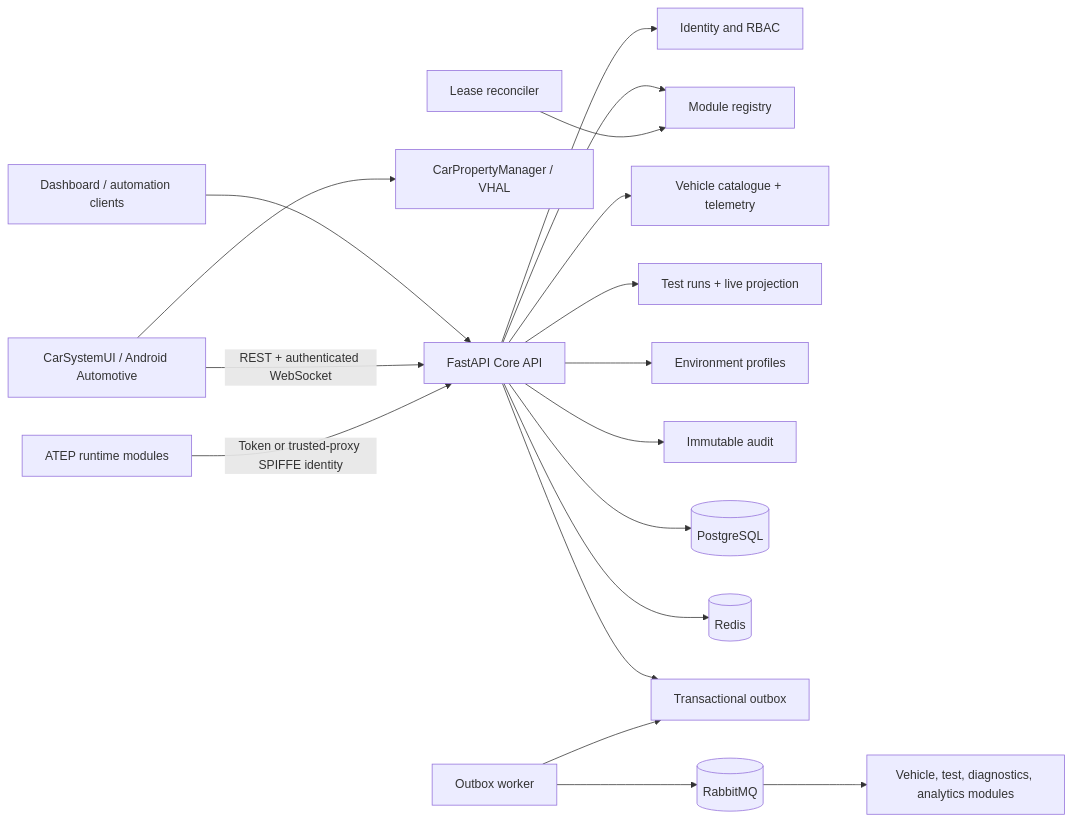
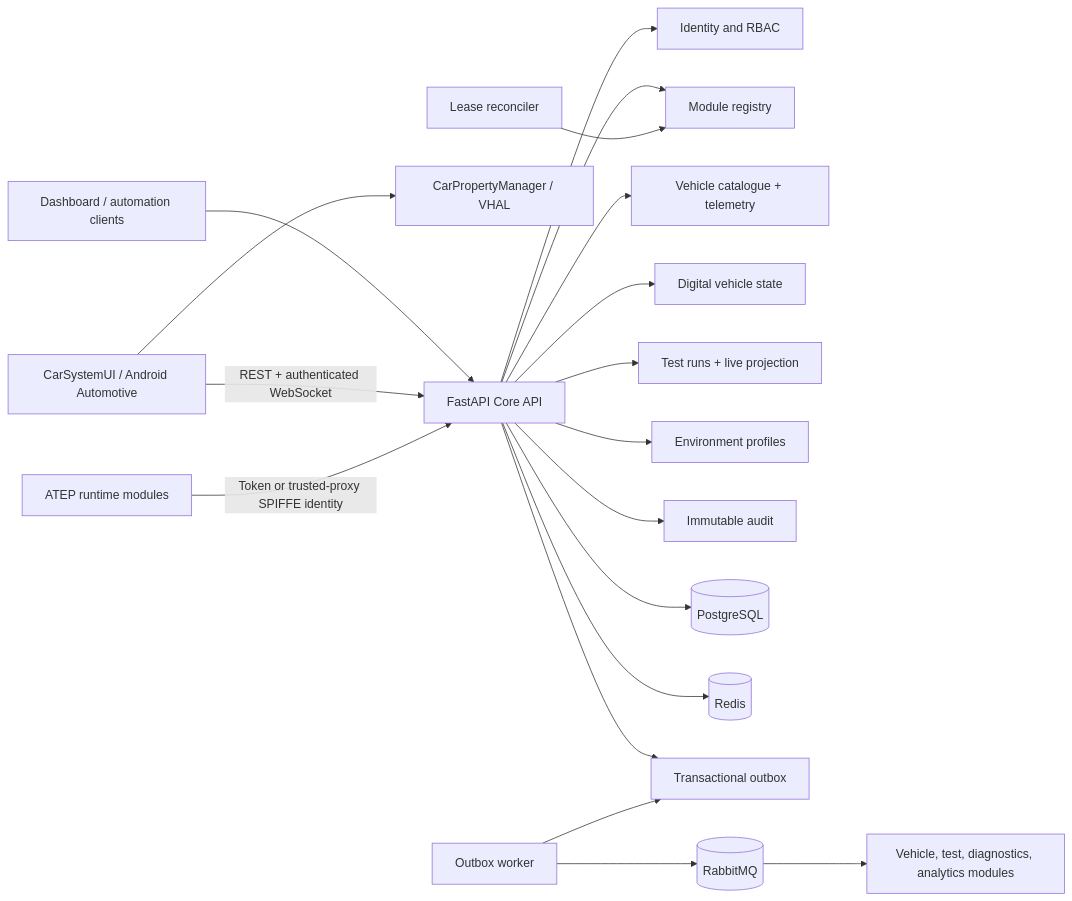
Before and after one commit to paulacristinaqa/automotive_test_engineering_platform: the first of 2 diagrams in README.md, drawn with Mermaid. The commit also changed other lines of this file and 18 other files, not shown here.

Commit message:
Add versioned digital vehicle state

````diff
--- a/README.md
+++ b/README.md
@@ -88,20 +91,21 @@
 ```mermaid
 flowchart LR
     Client["Dashboard / automation clients"] --> API["FastAPI Core API"]
     Cockpit["CarSystemUI / Android Automotive"] -->|"REST + authenticated WebSocket"| API
     Cockpit --> CarAPI["CarPropertyManager / VHAL"]
     Module["ATEP runtime modules"] -->|"Token or trusted-proxy SPIFFE identity"| API
     API --> Identity["Identity and RBAC"]
     API --> Registry["Module registry"]
     API --> Vehicles["Vehicle catalogue + telemetry"]
+    API --> DigitalVehicle["Digital vehicle state"]
     API --> TestRuns["Test runs + live projection"]
     API --> Profiles["Environment profiles"]
     API --> Audit["Immutable audit"]
     API --> PG[(PostgreSQL)]
     API --> Redis[(Redis)]
     API --> Outbox["Transactional outbox"]
     Reconciler["Lease reconciler"] --> Registry
     Worker["Outbox worker"] --> Outbox
     Worker --> MQ[(RabbitMQ)]
     MQ --> Consumers["Vehicle, test, diagnostics, analytics modules"]
 ```
````
